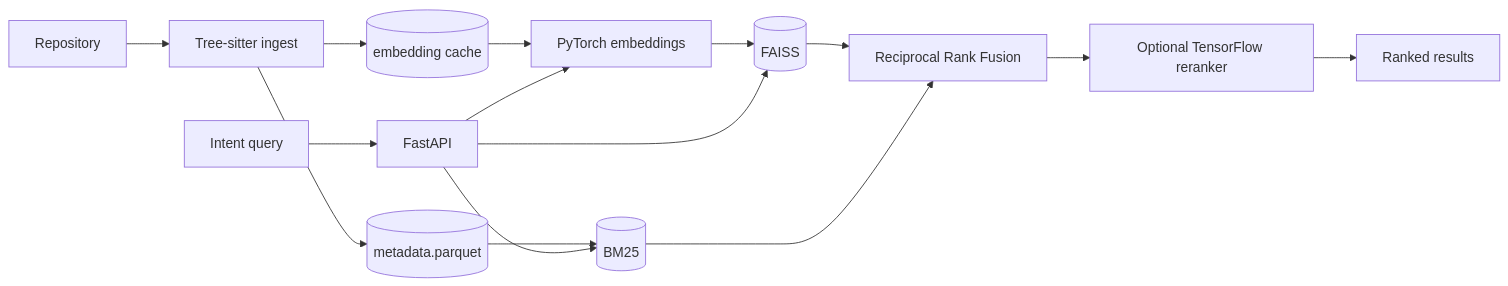
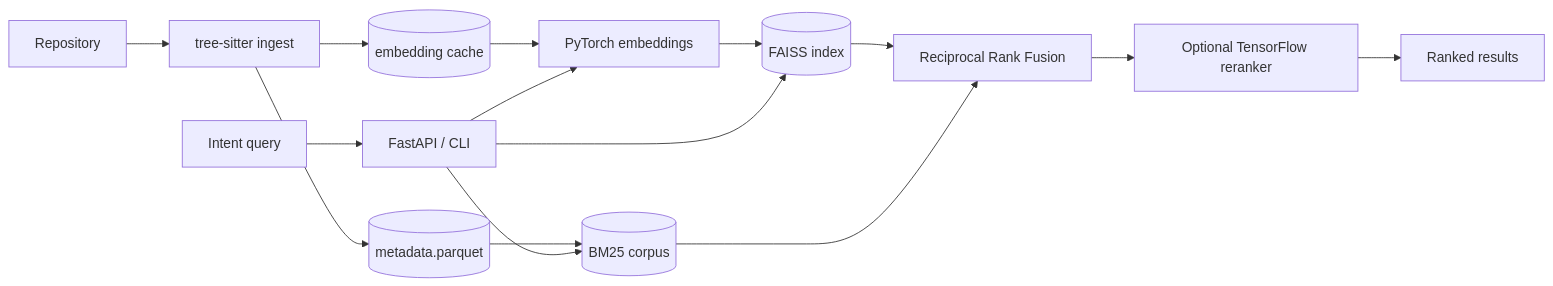
Before and after one commit to pintarkristian/semantic-code-search-engine: the diagram in README.md, drawn with Mermaid. The commit also changed other lines of this file, not shown here.

````diff
--- a/README.md
+++ b/README.md
@@ -40,17 +126,17 @@
 ```mermaid
 flowchart LR
-    Repo[Repository] --> Ingest[Tree-sitter ingest]
+    Repo[Repository] --> Ingest[tree-sitter ingest]
     Ingest --> Meta[(metadata.parquet)]
     Ingest --> Cache[(embedding cache)]
     Cache --> Embed[PyTorch embeddings]
-    Embed --> Faiss[(FAISS)]
-    Meta --> BM25[(BM25)]
-    Query[Intent query] --> API[FastAPI]
+    Embed --> Faiss[(FAISS index)]
+    Meta --> BM25[(BM25 corpus)]
+    Query[Intent query] --> API[FastAPI / CLI]
     API --> Embed
     API --> Faiss
     API --> BM25
     Faiss --> RRF[Reciprocal Rank Fusion]
     BM25 --> RRF
     RRF --> Rerank[Optional TensorFlow reranker]
     Rerank --> Results[Ranked results]
 ```
````
